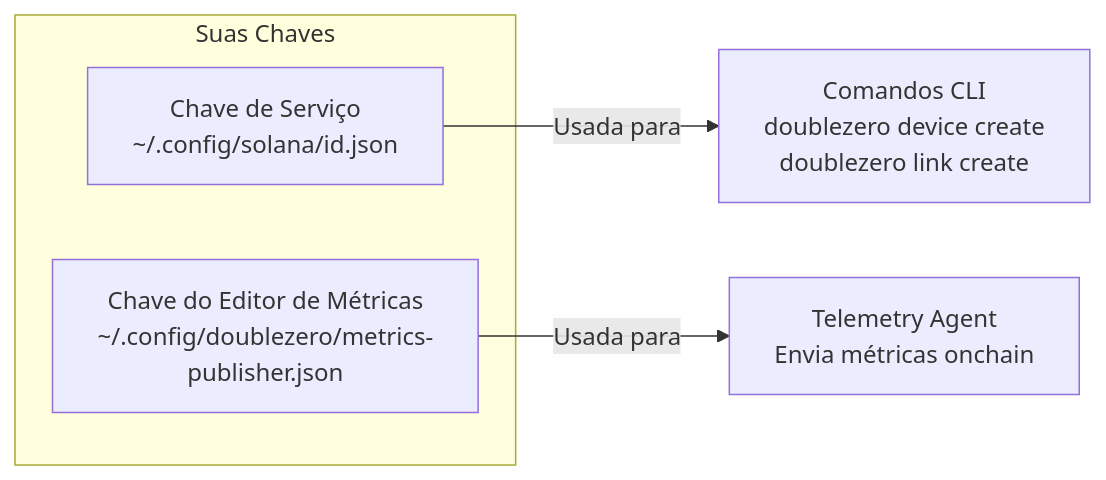
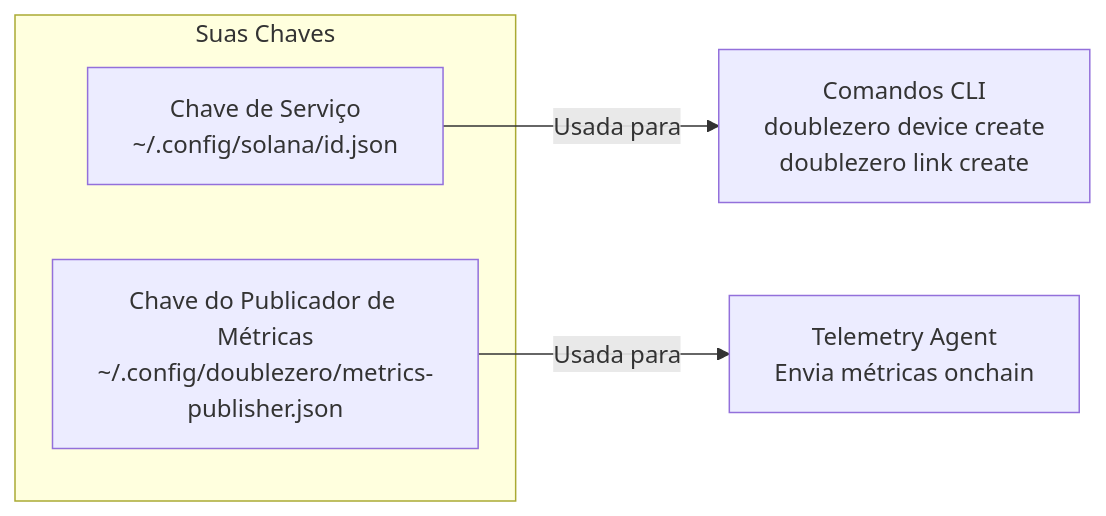
One commit to malbeclabs/docs changed the fourth of 13 diagrams in docs/contribute-provisioning.pt.md. Above: the diagram before and after it, drawn with Mermaid. The commit also changed other lines of this file and 160 other files, not shown here.

````diff
--- a/docs/contribute-provisioning.pt.md
+++ b/docs/contribute-provisioning.pt.md
@@ -166,10 +205,10 @@
 ```mermaid
 flowchart LR
     subgraph "Suas Chaves"
         SK[Chave de Serviço<br/>~/.config/solana/id.json]
-        MK[Chave do Editor de Métricas<br/>~/.config/doublezero/metrics-publisher.json]
+        MK[Chave do Publicador de Métricas<br/>~/.config/doublezero/metrics-publisher.json]
     end
 
     SK -->|Usada para| CLI[Comandos CLI<br/>doublezero device create<br/>doublezero link create]
     MK -->|Usada para| TEL[Telemetry Agent<br/>Envia métricas onchain]
 ```
````
